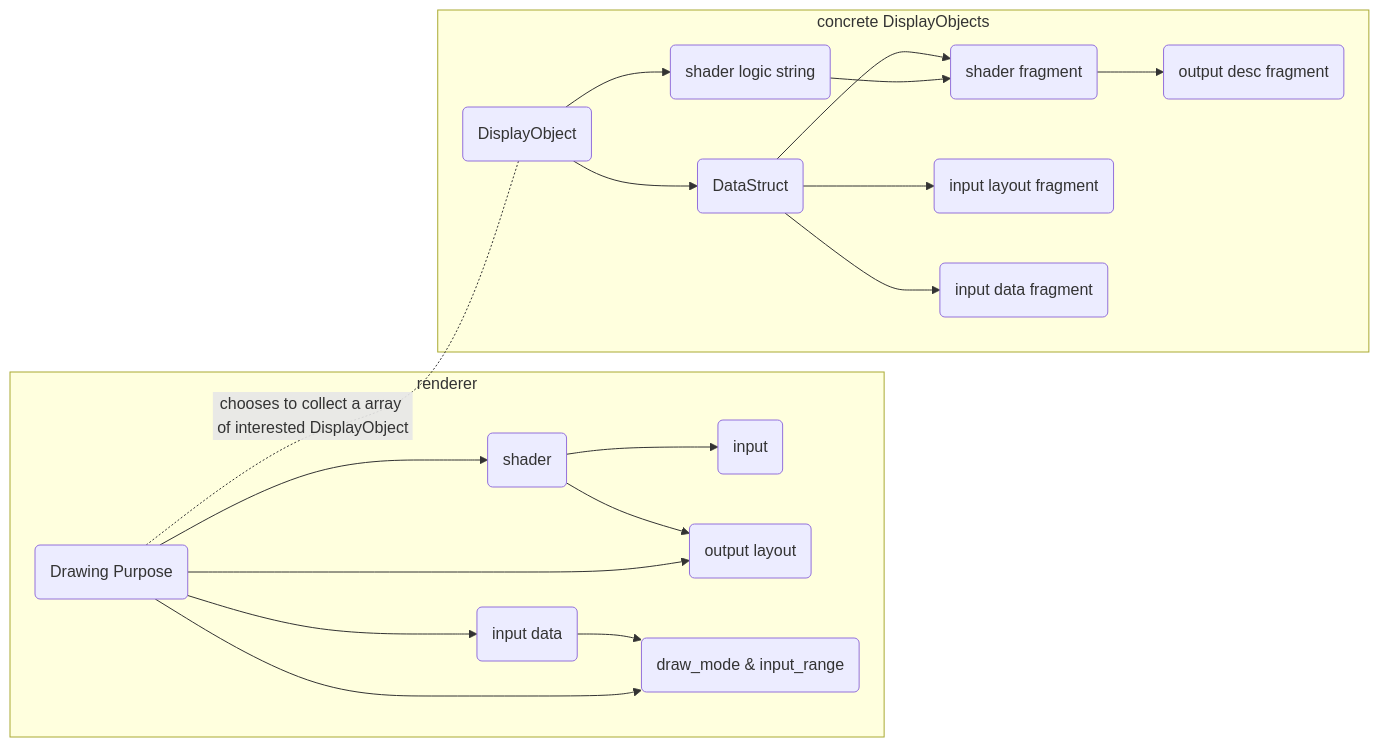
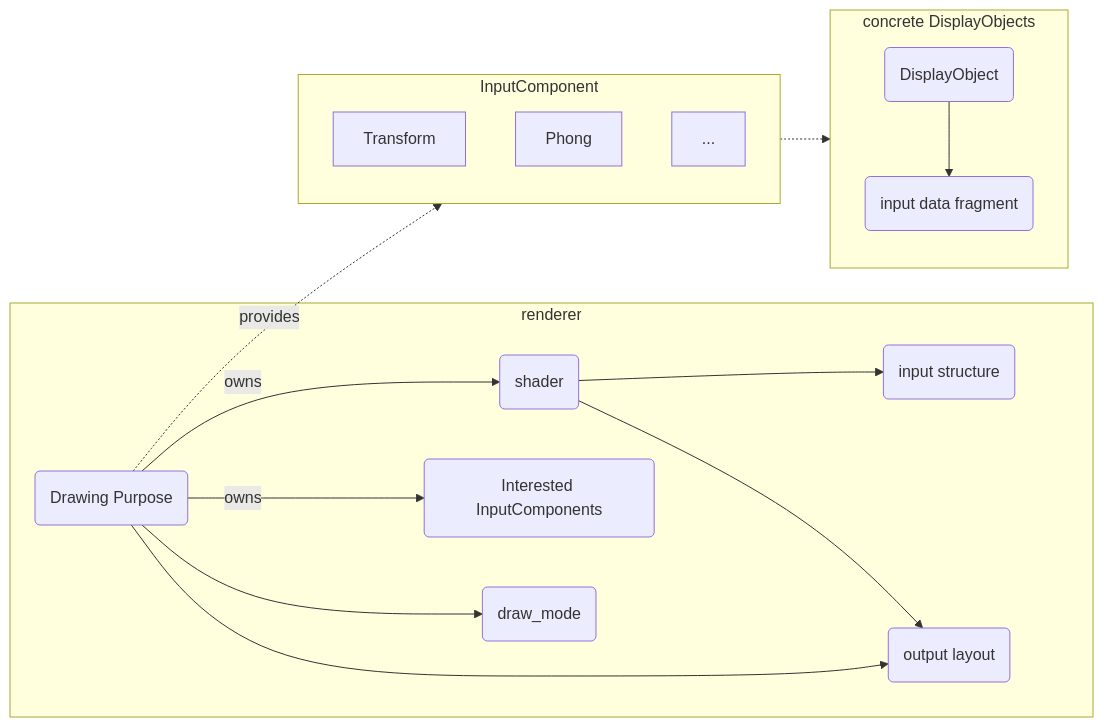
Before and after one commit to michael8090/learn-webgpu-ts: the diagram in design.md, drawn with Mermaid. The commit also changed other lines of this file, not shown here.

Commit message:
add InputComponent to decouple the DrawingPurpose and DisplayObject, now I need to figure out how to share gpu resources

````diff
--- a/design.md
+++ b/design.md
@@ -50,22 +57,25 @@
 ```mermaid
 graph LR;
 subgraph renderer
-A(Drawing Purpose) --> B(shader) --> C(input)
+A(Drawing Purpose) -- owns --> B(shader) --> C(input structure)
                                B --> C1(output layout)
+                A-- owns --> A1(Interested InputComponents)
                 A--> C1(output layout)
-                A--> E(input data) --> F(draw_mode & input_range)
-                A--> F
+                A--> F(draw_mode)
 end
 
-subgraph concrete DisplayObjects
-a1(DisplayObject) --> a6(DataStruct) --> a2
-                a1--> a7(shader logic string)
-                a7-->a2(shader fragment)
-                a6--> a3(input layout fragment)
-                a2--> a4(output desc fragment)
-                a6--> a5(input data fragment)
+A -. provides .-> InputComponent
+
+subgraph InputComponent
+Transform
+Phong
+...
 end
 
-A -. chooses to collect a array of interested DisplayObject .- a1
+subgraph s0 [concrete DisplayObjects]
+a1(DisplayObject) --> a2(input data fragment)
+end
+InputComponent -.->s0
+
 
 ```
````
